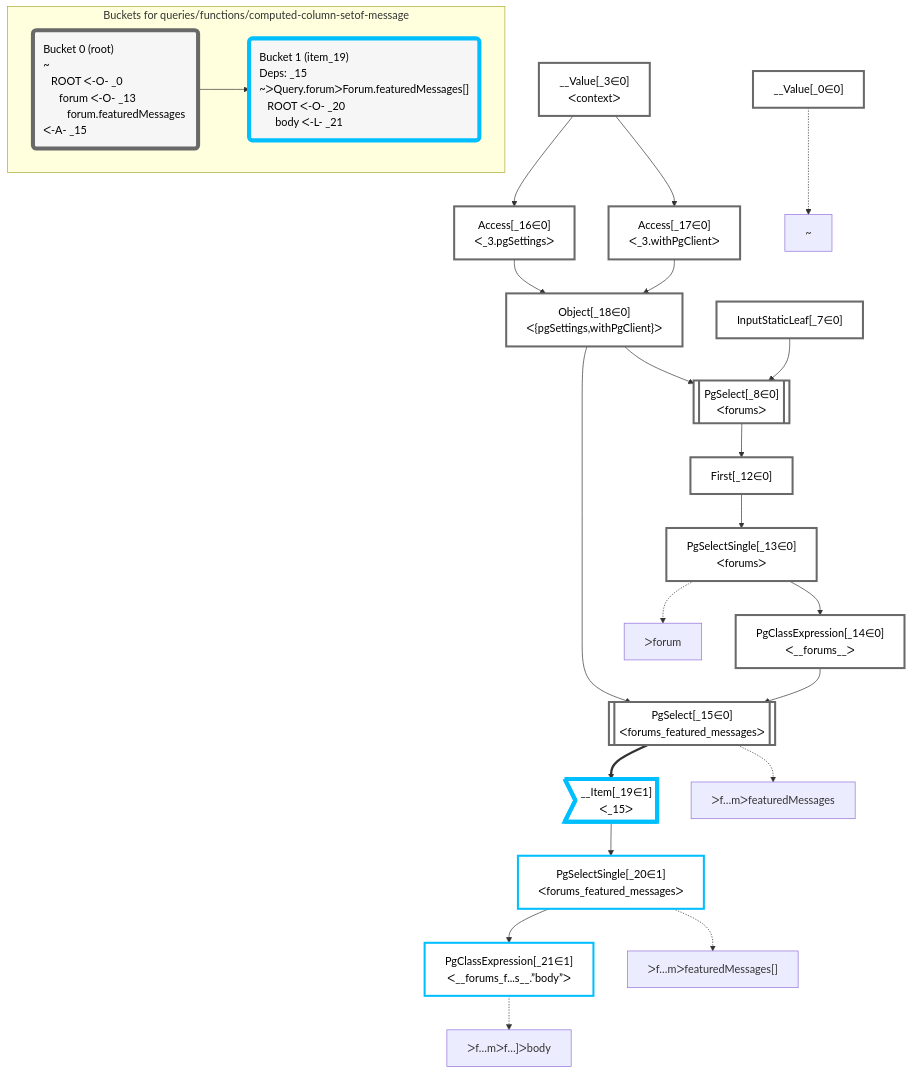
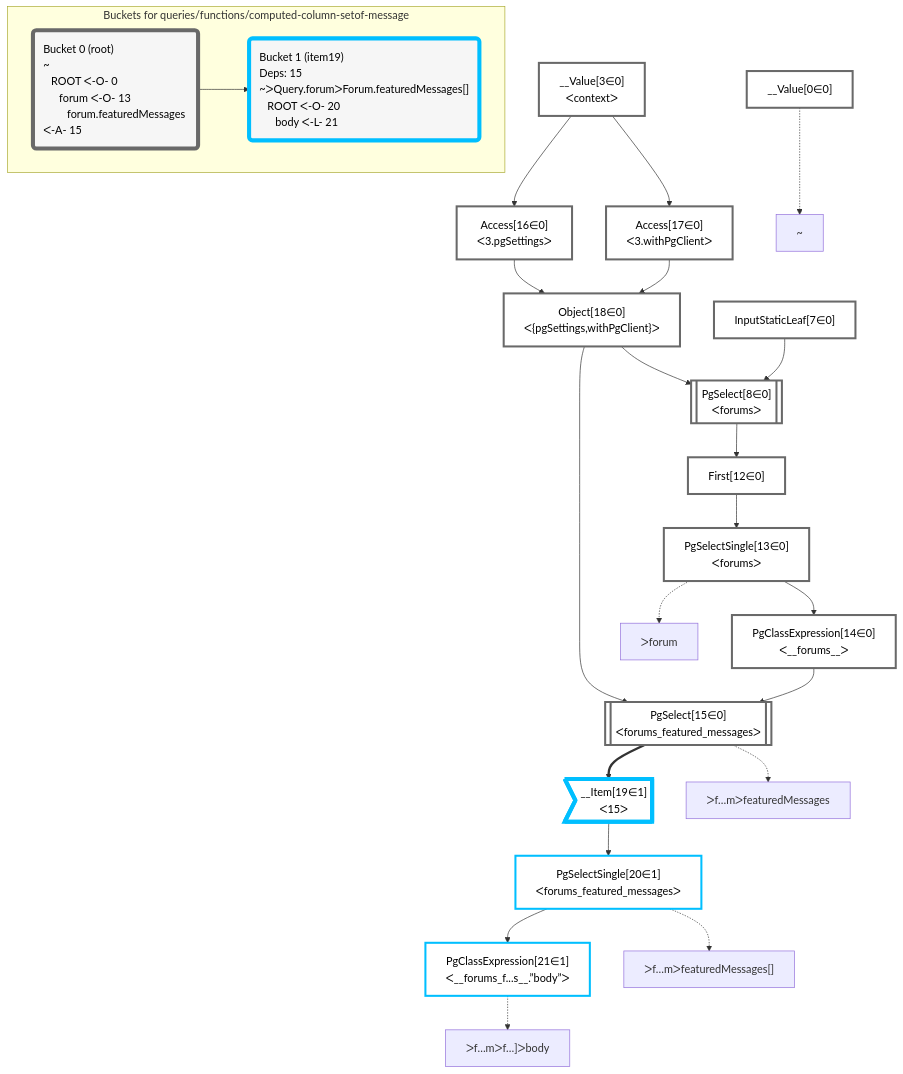
Before and after one commit to graphile/crystal: the diagram in packages/dataplan-pg/__tests__/queries/functions/computed-column-setof-message.deopt.mermaid.md, drawn with Mermaid. The commit also changed 195 other files, not shown here.

````diff
--- a/packages/dataplan-pg/__tests__/queries/functions/computed-column-setof-message.deopt.mermaid.md
+++ b/packages/dataplan-pg/__tests__/queries/functions/computed-column-setof-message.deopt.mermaid.md
@@ -1,60 +1,60 @@
 ```mermaid
 graph TD
     classDef path fill:#eee,stroke:#000,color:#000
     classDef plan fill:#fff,stroke-width:3px,color:#000
     classDef itemplan fill:#fff,stroke-width:6px,color:#000
     classDef sideeffectplan fill:#f00,stroke-width:6px,color:#000
     classDef bucket fill:#f6f6f6,color:#000,stroke-width:6px,text-align:left
 
 
     %% define plans
-    __Value_0["__Value[_0∈0]"]:::plan
-    PgClassExpression_21["PgClassExpression[_21∈1]<br />ᐸ__forums_f...s__.”body”ᐳ"]:::plan
-    PgSelectSingle_20["PgSelectSingle[_20∈1]<br />ᐸforums_featured_messagesᐳ"]:::plan
-    __Item_19>"__Item[_19∈1]<br />ᐸ_15ᐳ"]:::itemplan
-    PgSelect_15[["PgSelect[_15∈0]<br />ᐸforums_featured_messagesᐳ"]]:::plan
-    PgClassExpression_14["PgClassExpression[_14∈0]<br />ᐸ__forums__ᐳ"]:::plan
-    PgSelectSingle_13["PgSelectSingle[_13∈0]<br />ᐸforumsᐳ"]:::plan
-    First_12["First[_12∈0]"]:::plan
-    PgSelect_8[["PgSelect[_8∈0]<br />ᐸforumsᐳ"]]:::plan
-    Object_18["Object[_18∈0]<br />ᐸ{pgSettings,withPgClient}ᐳ"]:::plan
-    Access_16["Access[_16∈0]<br />ᐸ_3.pgSettingsᐳ"]:::plan
-    Access_17["Access[_17∈0]<br />ᐸ_3.withPgClientᐳ"]:::plan
-    __Value_3["__Value[_3∈0]<br />ᐸcontextᐳ"]:::plan
-    InputStaticLeaf_7["InputStaticLeaf[_7∈0]"]:::plan
+    __Value0["__Value[0∈0]"]:::plan
+    PgClassExpression21["PgClassExpression[21∈1]<br />ᐸ__forums_f...s__.”body”ᐳ"]:::plan
+    PgSelectSingle20["PgSelectSingle[20∈1]<br />ᐸforums_featured_messagesᐳ"]:::plan
+    __Item19>"__Item[19∈1]<br />ᐸ15ᐳ"]:::itemplan
+    PgSelect15[["PgSelect[15∈0]<br />ᐸforums_featured_messagesᐳ"]]:::plan
+    PgClassExpression14["PgClassExpression[14∈0]<br />ᐸ__forums__ᐳ"]:::plan
+    PgSelectSingle13["PgSelectSingle[13∈0]<br />ᐸforumsᐳ"]:::plan
+    First12["First[12∈0]"]:::plan
+    PgSelect8[["PgSelect[8∈0]<br />ᐸforumsᐳ"]]:::plan
+    Object18["Object[18∈0]<br />ᐸ{pgSettings,withPgClient}ᐳ"]:::plan
+    Access16["Access[16∈0]<br />ᐸ3.pgSettingsᐳ"]:::plan
+    Access17["Access[17∈0]<br />ᐸ3.withPgClientᐳ"]:::plan
+    __Value3["__Value[3∈0]<br />ᐸcontextᐳ"]:::plan
+    InputStaticLeaf7["InputStaticLeaf[7∈0]"]:::plan
 
     %% plan dependencies
-    PgSelectSingle_20 --> PgClassExpression_21
-    __Item_19 --> PgSelectSingle_20
-    PgSelect_15 ==> __Item_19
-    Object_18 & PgClassExpression_14 --> PgSelect_15
-    PgSelectSingle_13 --> PgClassExpression_14
-    First_12 --> PgSelectSingle_13
-    PgSelect_8 --> First_12
-    Object_18 & InputStaticLeaf_7 --> PgSelect_8
-    Access_16 & Access_17 --> Object_18
-    __Value_3 --> Access_16
-    __Value_3 --> Access_17
+    PgSelectSingle20 --> PgClassExpression21
+    __Item19 --> PgSelectSingle20
+    PgSelect15 ==> __Item19
+    Object18 & PgClassExpression14 --> PgSelect15
+    PgSelectSingle13 --> PgClassExpression14
+    First12 --> PgSelectSingle13
+    PgSelect8 --> First12
+    Object18 & InputStaticLeaf7 --> PgSelect8
+    Access16 & Access17 --> Object18
+    __Value3 --> Access16
+    __Value3 --> Access17
 
     %% plan-to-path relationships
-    P_0["~"]
-    __Value_0 -.-> P_0
-    P_13["ᐳforum"]
-    PgSelectSingle_13 -.-> P_13
-    P_15["ᐳf…mᐳfeaturedMessages"]
-    PgSelect_15 -.-> P_15
-    P_20["ᐳf…mᐳfeaturedMessages[]"]
-    PgSelectSingle_20 -.-> P_20
-    P_21["ᐳf…mᐳf…]ᐳbody"]
-    PgClassExpression_21 -.-> P_21
+    P0["~"]
+    __Value0 -.-> P0
+    P13["ᐳforum"]
+    PgSelectSingle13 -.-> P13
+    P15["ᐳf…mᐳfeaturedMessages"]
+    PgSelect15 -.-> P15
+    P20["ᐳf…mᐳfeaturedMessages[]"]
+    PgSelectSingle20 -.-> P20
+    P21["ᐳf…mᐳf…]ᐳbody"]
+    PgClassExpression21 -.-> P21
 
     subgraph "Buckets for queries/functions/computed-column-setof-message"
-    Bucket0("Bucket 0 (root)<br />~<br />⠀ROOT ᐸ-O- _0<br />⠀⠀forum ᐸ-O- _13<br />⠀⠀⠀forum.featuredMessages ᐸ-A- _15"):::bucket
+    Bucket0("Bucket 0 (root)<br />~<br />⠀ROOT ᐸ-O- 0<br />⠀⠀forum ᐸ-O- 13<br />⠀⠀⠀forum.featuredMessages ᐸ-A- 15"):::bucket
     classDef bucket0 stroke:#696969
-    class Bucket0,__Value_0,__Value_3,InputStaticLeaf_7,PgSelect_8,First_12,PgSelectSingle_13,PgClassExpression_14,PgSelect_15,Access_16,Access_17,Object_18 bucket0
-    Bucket1("Bucket 1 (item_19)<br />Deps: _15<br />~ᐳQuery.forumᐳForum.featuredMessages[]<br />⠀ROOT ᐸ-O- _20<br />⠀⠀body ᐸ-L- _21"):::bucket
+    class Bucket0,__Value0,__Value3,InputStaticLeaf7,PgSelect8,First12,PgSelectSingle13,PgClassExpression14,PgSelect15,Access16,Access17,Object18 bucket0
+    Bucket1("Bucket 1 (item19)<br />Deps: 15<br />~ᐳQuery.forumᐳForum.featuredMessages[]<br />⠀ROOT ᐸ-O- 20<br />⠀⠀body ᐸ-L- 21"):::bucket
     classDef bucket1 stroke:#00bfff
-    class Bucket1,__Item_19,PgSelectSingle_20,PgClassExpression_21 bucket1
+    class Bucket1,__Item19,PgSelectSingle20,PgClassExpression21 bucket1
     Bucket0 --> Bucket1
     end
 ```
````
